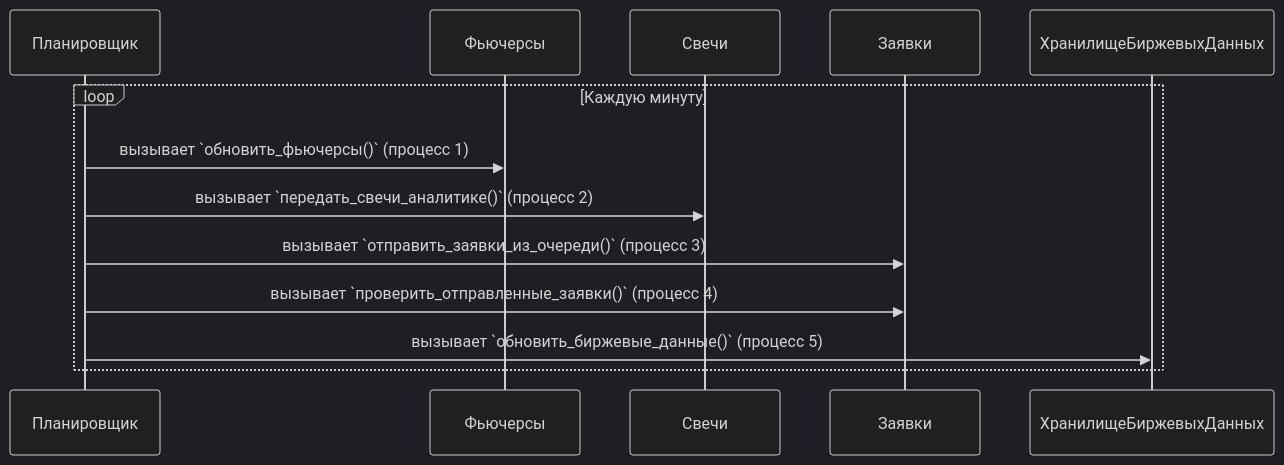
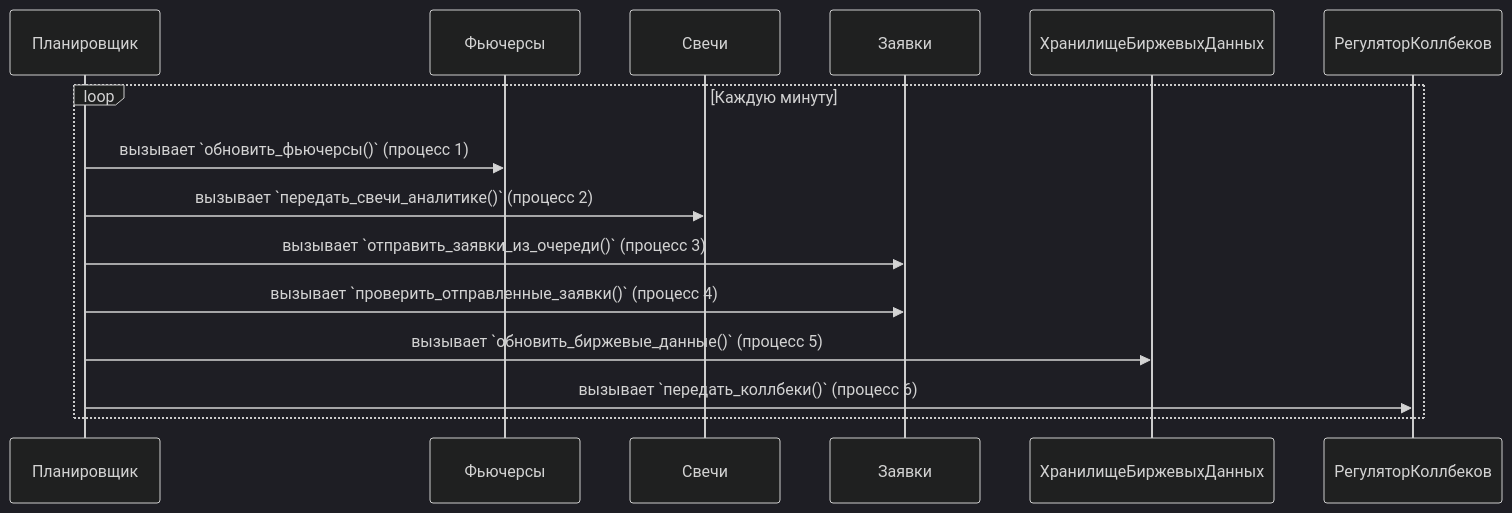
Diagram 14 of 22 in robot-logic.md (Marat22/MiriadRobotDocs), drawn with Mermaid (dark theme) before and after one commit. The commit also changed other lines of this file, not shown here.

````diff
--- a/robot-logic.md
+++ b/robot-logic.md
@@ -389,10 +389,11 @@
 ```mermaid
 sequenceDiagram
   loop Каждую минуту
   Планировщик->>Фьючерсы: вызывает `обновить_фьючерсы()` (процесс 1)
   Планировщик->>Свечи: вызывает `передать_свечи_аналитике()` (процесс 2)
   Планировщик->>Заявки: вызывает `отправить_заявки_из_очереди()` (процесс 3)
   Планировщик->>Заявки: вызывает `проверить_отправленные_заявки()` (процесс 4)
   Планировщик->>ХранилищеБиржевыхДанных: вызывает `обновить_биржевые_данные()` (процесс 5)
+  Планировщик->>РегуляторКоллбеков: вызывает `передать_коллбеки()` (процесс 6)
   end
 ```
````
